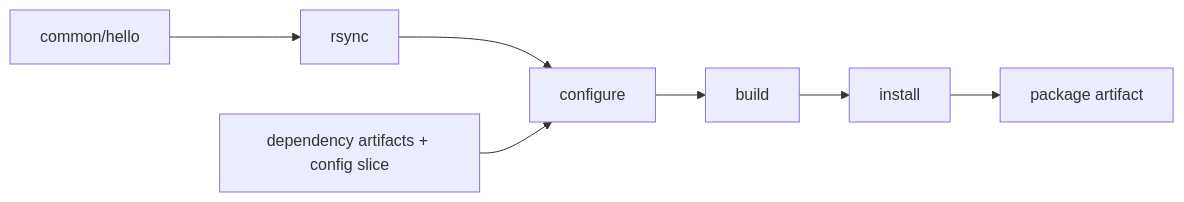
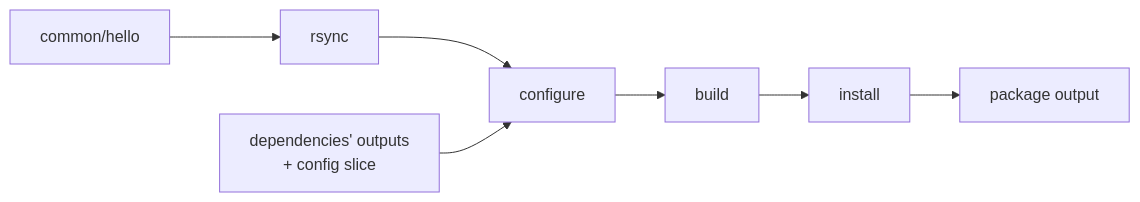
Before and after one commit to DeepSpaceCartel/buckroot: the second of 2 diagrams in docs/walkthrough/stepped.md, drawn with Mermaid. The commit also changed other lines of this file and 13 other files, not shown here.

````diff
--- a/docs/walkthrough/stepped.md
+++ b/docs/walkthrough/stepped.md
@@ -62,9 +74,9 @@
 ```mermaid
 flowchart LR
     src[common/hello] --> rs[rsync]
     rs --> cfg[configure]
-    deps[dependency artifacts + config slice] --> cfg
+    deps["dependencies' outputs<br/>+ config slice"] --> cfg
     cfg --> bld[build]
     bld --> ins[install]
-    ins --> art[package artifact]
+    ins --> art[package output]
 ```
````
